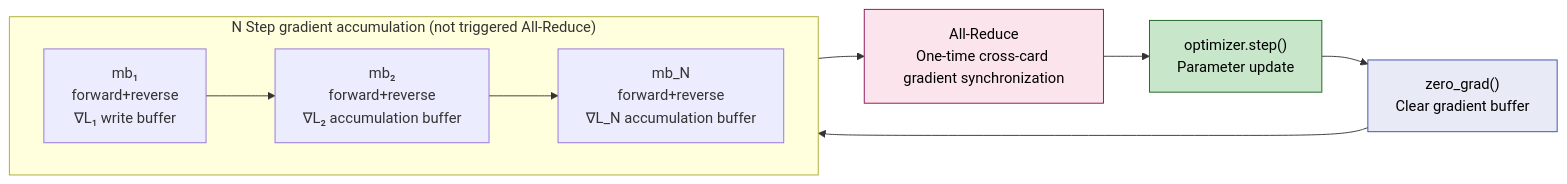
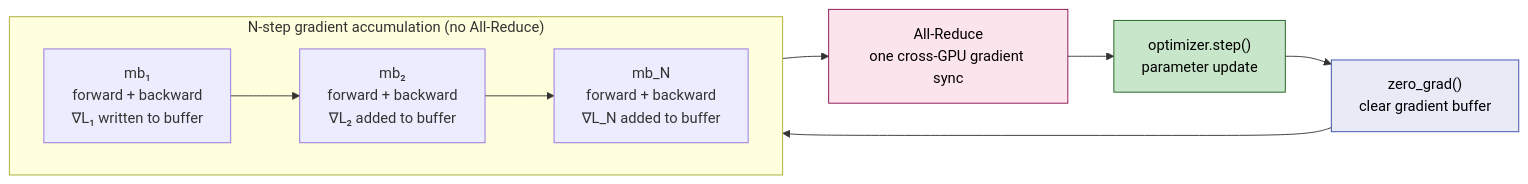
Before and after one commit to TingdeLiu/tingdeliu.github.io: diagram 18 of 29 in _translations/en/research/LLM-Training-Survey.md, drawn with Mermaid. The commit also changed other lines of this file and 2 other files, not shown here.

First line of the commit message:
docs(llm-survey): polish English edition and add evolution timeline

````diff
--- a/_translations/en/research/LLM-Training-Survey.md
+++ b/_translations/en/research/LLM-Training-Survey.md
@@ -3073,16 +3091,16 @@
 ```mermaid
 flowchart LR
-    subgraph ACCUM ["N Step gradient accumulation (not triggered All-Reduce)"]
+    subgraph ACCUM ["N-step gradient accumulation (no All-Reduce)"]
         direction LR
-        S1["mb₁<br>forward+reverse<br>∇L₁ write buffer"] --> S2["mb₂<br>forward+reverse<br>∇L₂ accumulation buffer"] --> SN["mb_N<br>forward+reverse<br>∇L_N accumulation buffer"]
+        S1["mb₁<br>forward + backward<br>∇L₁ written to buffer"] --> S2["mb₂<br>forward + backward<br>∇L₂ added to buffer"] --> SN["mb_N<br>forward + backward<br>∇L_N added to buffer"]
     end
 
-    SN --> AR["All-Reduce<br>One-time cross-card gradient synchronization"]
-    AR --> OPT["optimizer.step()<br>Parameter update"]
-    OPT --> ZG["zero_grad()<br>Clear gradient buffer"]
+    SN --> AR["All-Reduce<br>one cross-GPU gradient sync"]
+    AR --> OPT["optimizer.step()<br>parameter update"]
+    OPT --> ZG["zero_grad()<br>clear gradient buffer"]
     ZG --> S1
 
     style AR fill:#fce4ec,stroke:#880e4f,color:#000
     style OPT fill:#c8e6c9,stroke:#1b5e20,color:#000
     style ZG fill:#e8eaf6,stroke:#3949ab,color:#000
 ```
````
